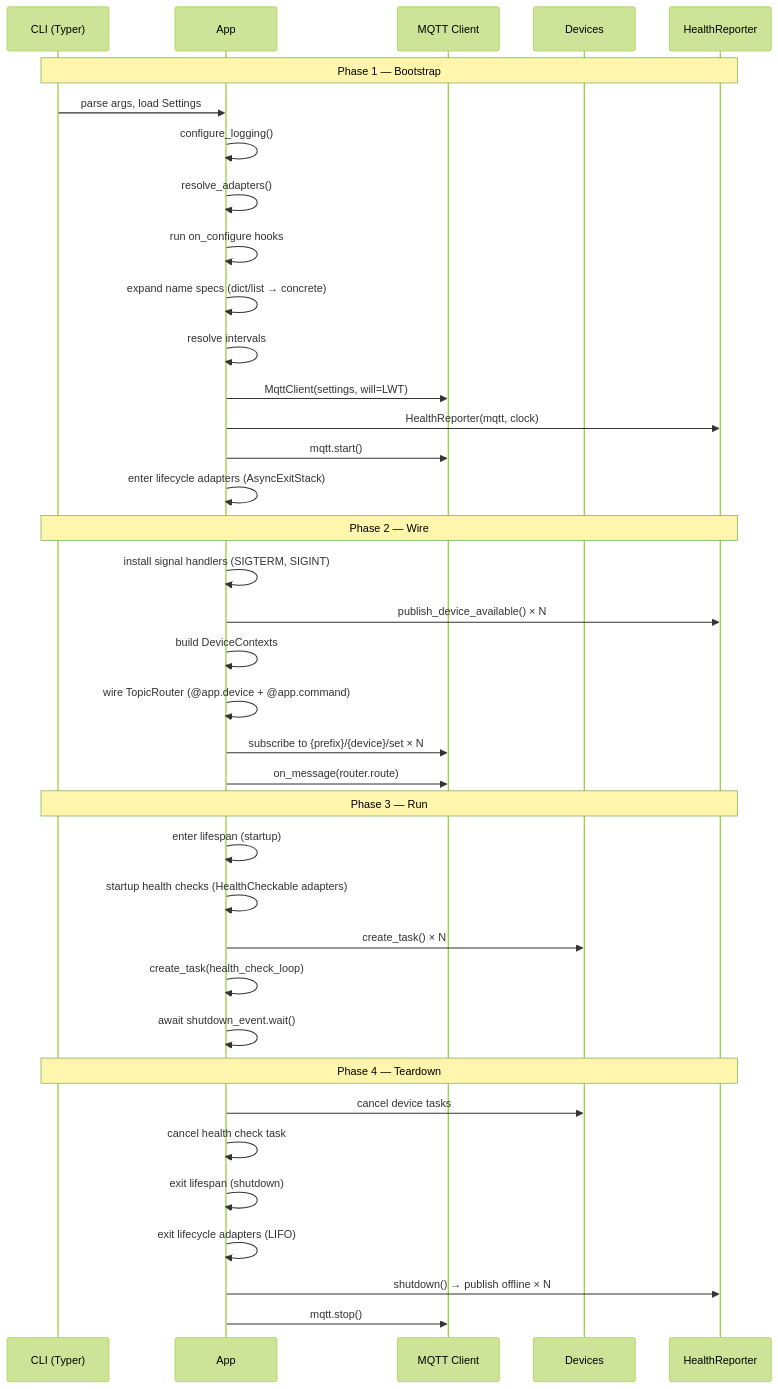
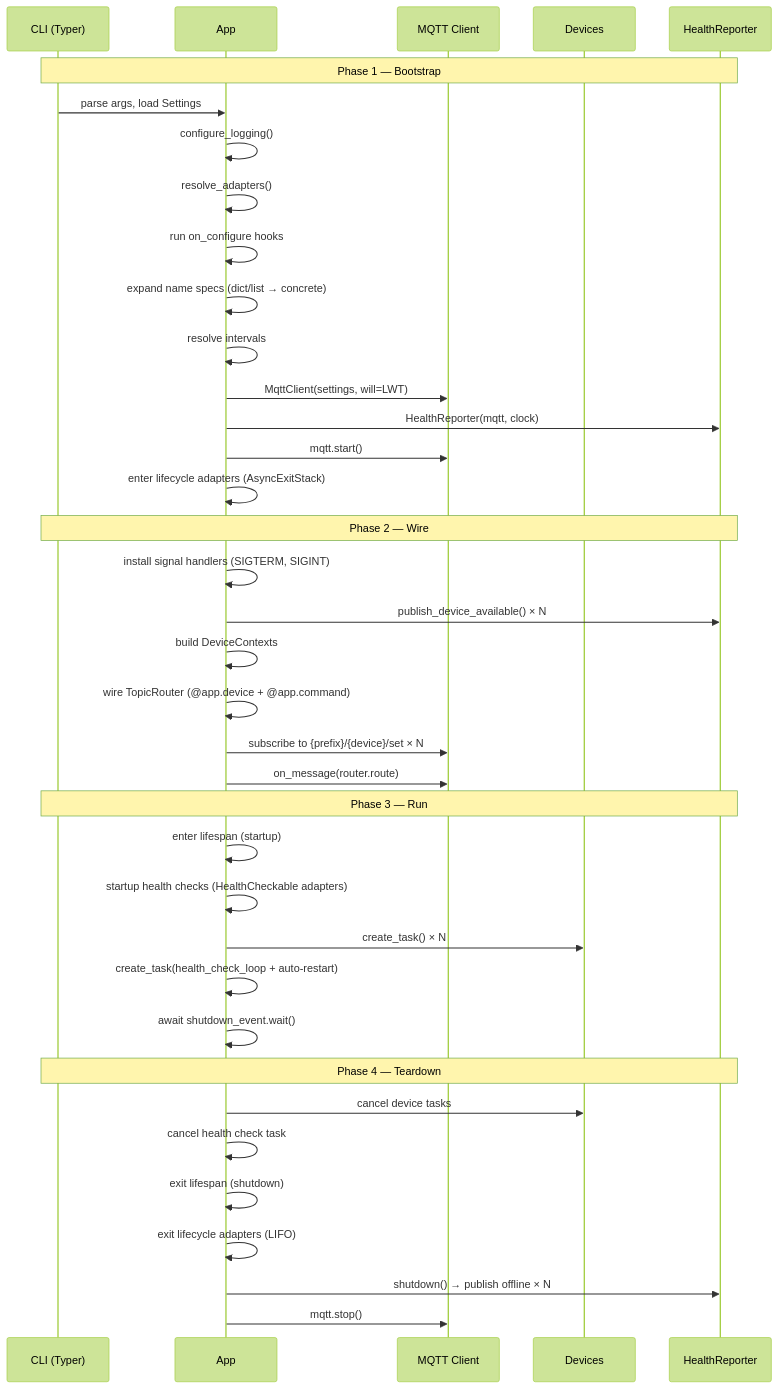
The diagram in docs/concepts/lifecycle.md (ff-fab/cosalette), drawn with Mermaid (forest theme) before and after one commit. The commit also changed other lines of this file and 8 other files, not shown here.

First line of the commit message:
feat: add adapter auto-restart on health check failure (#143)

````diff
--- a/docs/concepts/lifecycle.md
+++ b/docs/concepts/lifecycle.md
@@ -13,43 +13,43 @@
 ```mermaid
 sequenceDiagram
     participant CLI as CLI (Typer)
     participant App
     participant MQTT as MQTT Client
     participant Devices
     participant Health as HealthReporter
 
     Note over CLI,Health: Phase 1 — Bootstrap
     CLI->>App: parse args, load Settings
     App->>App: configure_logging()
     App->>App: resolve_adapters()
     App->>App: run on_configure hooks
     App->>App: expand name specs (dict/list → concrete)
     App->>App: resolve intervals
     App->>MQTT: MqttClient(settings, will=LWT)
     App->>Health: HealthReporter(mqtt, clock)
     App->>MQTT: mqtt.start()
     App->>App: enter lifecycle adapters (AsyncExitStack)
 
     Note over CLI,Health: Phase 2 — Wire
     App->>App: install signal handlers (SIGTERM, SIGINT)
     App->>Health: publish_device_available() × N
     App->>App: build DeviceContexts
     App->>App: wire TopicRouter (@app.device + @app.command)
     App->>MQTT: subscribe to {prefix}/{device}/set × N
     App->>MQTT: on_message(router.route)
 
     Note over CLI,Health: Phase 3 — Run
     App->>App: enter lifespan (startup)
     App->>App: startup health checks (HealthCheckable adapters)
     App->>Devices: create_task() × N
-    App->>App: create_task(health_check_loop)
+    App->>App: create_task(health_check_loop + auto-restart)
     App->>App: await shutdown_event.wait()
 
     Note over CLI,Health: Phase 4 — Teardown
     App->>Devices: cancel device tasks
     App->>App: cancel health check task
     App->>App: exit lifespan (shutdown)
     App->>App: exit lifecycle adapters (LIFO)
     App->>Health: shutdown() → publish offline × N
     App->>MQTT: mqtt.stop()
 ```
````
